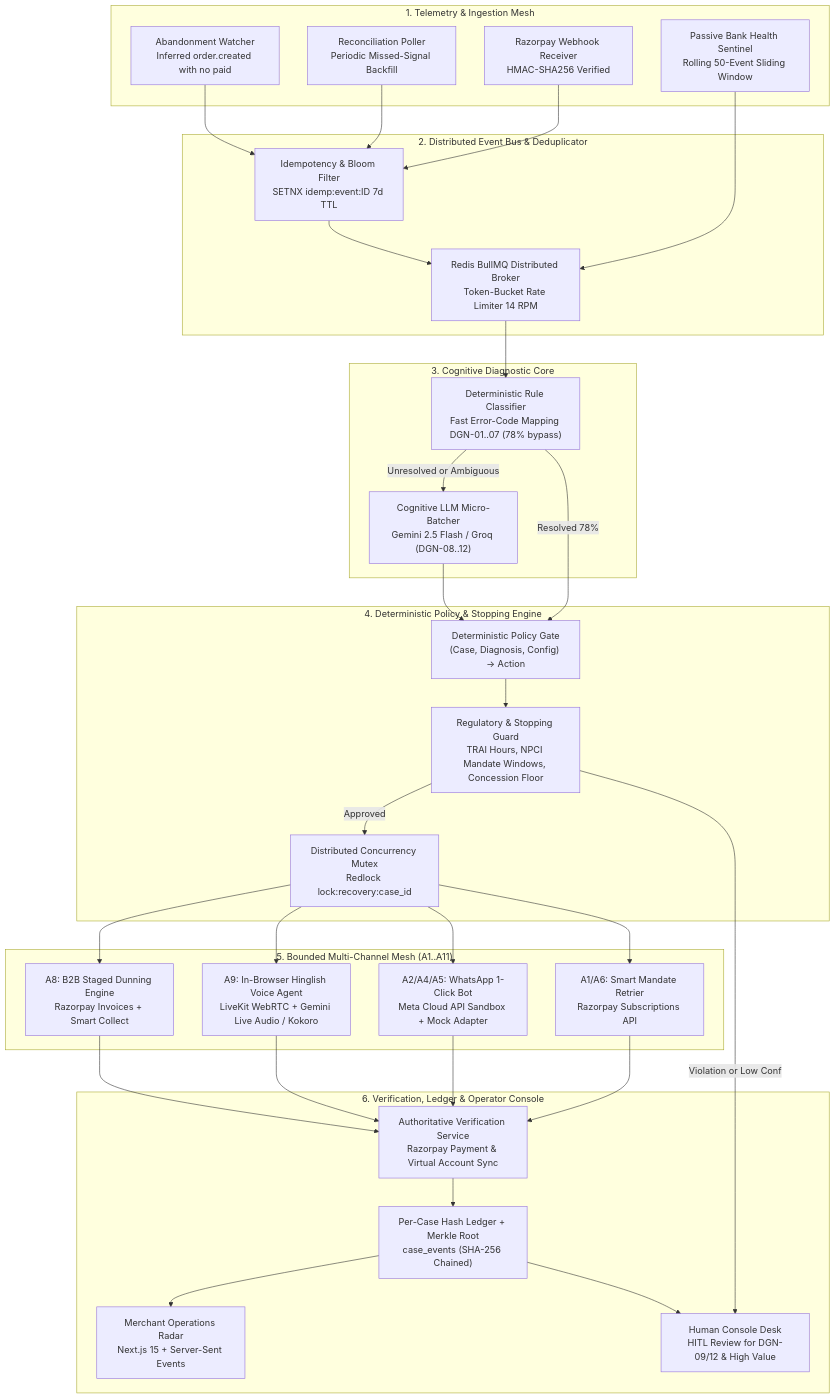
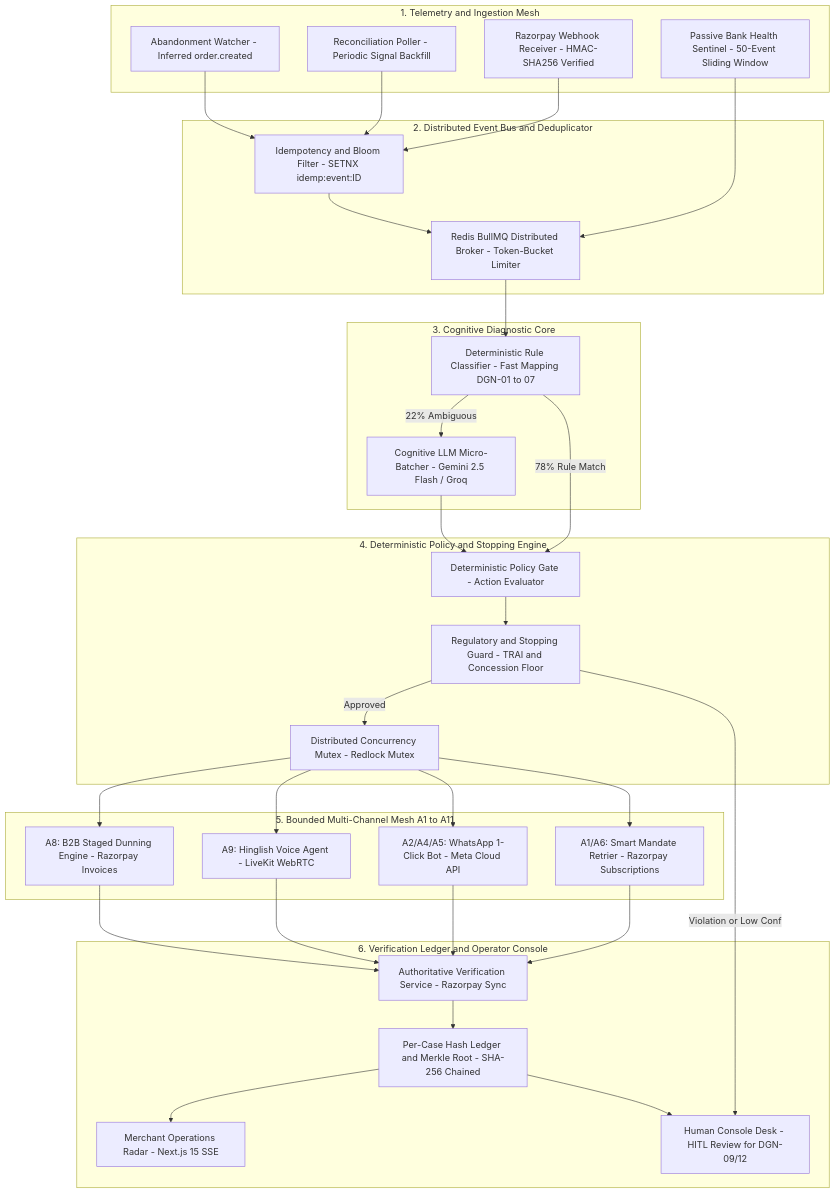
Before and after one commit to Adityaraj1969/Razorpay-Revenue-Recovery: the first of 3 diagrams in docs/Architecture.md, drawn with Mermaid. The commit also changed 1 other file, not shown here.

Commit message:
fix(docs): standard universal mermaid syntax across all markdown documents

````diff
--- a/docs/Architecture.md
+++ b/docs/Architecture.md
@@ -23,68 +23,65 @@
 ```mermaid
-flowchart TB
-    subgraph INGESTION["1. Telemetry & Ingestion Mesh"]
-        WH["Razorpay Webhook Receiver<br/>HMAC-SHA256 Verified"]
-        POLL["Reconciliation Poller<br/>Periodic Missed-Signal Backfill"]
-        ABAN["Abandonment Watcher<br/>Inferred order.created with no paid"]
-        SENTINEL["Passive Bank Health Sentinel<br/>Rolling 50-Event Sliding Window"]
+graph TB
+    subgraph INGESTION [1. Telemetry and Ingestion Mesh]
+        WH[Razorpay Webhook Receiver - HMAC-SHA256 Verified]
+        POLL[Reconciliation Poller - Periodic Signal Backfill]
+        ABAN[Abandonment Watcher - Inferred order.created]
+        SENTINEL[Passive Bank Health Sentinel - 50-Event Sliding Window]
     end
 
-    subgraph BROKER["2. Distributed Event Bus & Deduplicator"]
-        REDIS_Q["Redis BullMQ Distributed Broker<br/>Token-Bucket Rate Limiter 14 RPM"]
-        DEDUP["Idempotency & Bloom Filter<br/>SETNX idemp:event:ID 7d TTL"]
+    subgraph BROKER [2. Distributed Event Bus and Deduplicator]
+        REDIS_Q[Redis BullMQ Distributed Broker - Token-Bucket Limiter]
+        DEDUP[Idempotency and Bloom Filter - SETNX idemp:event:ID]
     end
 
-    subgraph COGNITIVE["3. Cognitive Diagnostic Core"]
-        DGN_RULE["Deterministic Rule Classifier<br/>Fast Error-Code Mapping DGN-01..07 (78% bypass)"]
-        DGN_LLM["Cognitive LLM Micro-Batcher<br/>Gemini 2.5 Flash / Groq (DGN-08..12)"]
+    subgraph COGNITIVE [3. Cognitive Diagnostic Core]
+        DGN_RULE[Deterministic Rule Classifier - Fast Mapping DGN-01 to 07]
+        DGN_LLM[Cognitive LLM Micro-Batcher - Gemini 2.5 Flash / Groq]
     end
 
-    subgraph GOVERNANCE["4. Deterministic Policy & Stopping Engine"]
-        POLICY["Deterministic Policy Gate<br/>(Case, Diagnosis, Config) -> Action"]
-        GUARD["Regulatory & Stopping Guard<br/>TRAI Hours, NPCI Mandate Windows, Concession Floor"]
-        LOCK["Distributed Concurrency Mutex<br/>Redlock lock:recovery:case_id"]
+    subgraph GOVERNANCE [4. Deterministic Policy and Stopping Engine]
+        POLICY[Deterministic Policy Gate - Action Evaluator]
+        GUARD[Regulatory and Stopping Guard - TRAI and Concession Floor]
+        LOCK[Distributed Concurrency Mutex - Redlock Mutex]
     end
 
-    subgraph EXECUTION["5. Bounded Multi-Channel Mesh (A1..A11)"]
-        RETRY["A1/A6: Smart Mandate Retrier<br/>Razorpay Subscriptions API"]
-        WA["A2/A4/A5: WhatsApp 1-Click Bot<br/>Meta Cloud API Sandbox + Mock Adapter"]
-        VOICE["A9: In-Browser Hinglish Voice Agent<br/>LiveKit WebRTC + Gemini Live Audio / Kokoro"]
-        DUNNING["A8: B2B Staged Dunning Engine<br/>Razorpay Invoices + Smart Collect"]
+    subgraph EXECUTION [5. Bounded Multi-Channel Mesh A1 to A11]
+        RETRY[A1/A6: Smart Mandate Retrier - Razorpay Subscriptions]
+        WA[A2/A4/A5: WhatsApp 1-Click Bot - Meta Cloud API]
+        VOICE[A9: Hinglish Voice Agent - LiveKit WebRTC]
+        DUNNING[A8: B2B Staged Dunning Engine - Razorpay Invoices]
     end
 
-    subgraph VERIFICATION["6. Verification, Ledger & Operator Console"]
-        VERIFY["Authoritative Verification Service<br/>Razorpay Payment & Virtual Account Sync"]
-        AUDIT["Per-Case Hash Ledger + Merkle Root<br/>case_events (SHA-256 Chained)"]
-        DASH["Merchant Operations Radar<br/>Next.js 15 + Server-Sent Events"]
-        HUMAN["Human Console Desk<br/>HITL Review for DGN-09/12 & High Value"]
+    subgraph VERIFICATION [6. Verification Ledger and Operator Console]
+        VERIFY[Authoritative Verification Service - Razorpay Sync]
+        AUDIT[Per-Case Hash Ledger and Merkle Root - SHA-256 Chained]
+        DASH[Merchant Operations Radar - Next.js 15 SSE]
+        HUMAN[Human Console Desk - HITL Review for DGN-09/12]
     end
 
     WH --> DEDUP
     POLL --> DEDUP
     ABAN --> DEDUP
     SENTINEL --> REDIS_Q
     DEDUP --> REDIS_Q
-
     REDIS_Q --> DGN_RULE
-    DGN_RULE -->|Unresolved or Ambiguous| DGN_LLM
-    DGN_RULE -->|Resolved 78%| POLICY
+    DGN_RULE -->|78% Rule Match| POLICY
+    DGN_RULE -->|22% Ambiguous| DGN_LLM
     DGN_LLM --> POLICY
-
     POLICY --> GUARD
     GUARD -->|Violation or Low Conf| HUMAN
     GUARD -->|Approved| LOCK
-
     LOCK --> RETRY
     LOCK --> WA
     LOCK --> VOICE
     LOCK --> DUNNING
 
     RETRY --> VERIFY
     WA --> VERIFY
     VOICE --> VERIFY
     DUNNING --> VERIFY
 
     VERIFY --> AUDIT
     AUDIT --> DASH
     AUDIT --> HUMAN
 ```
````
